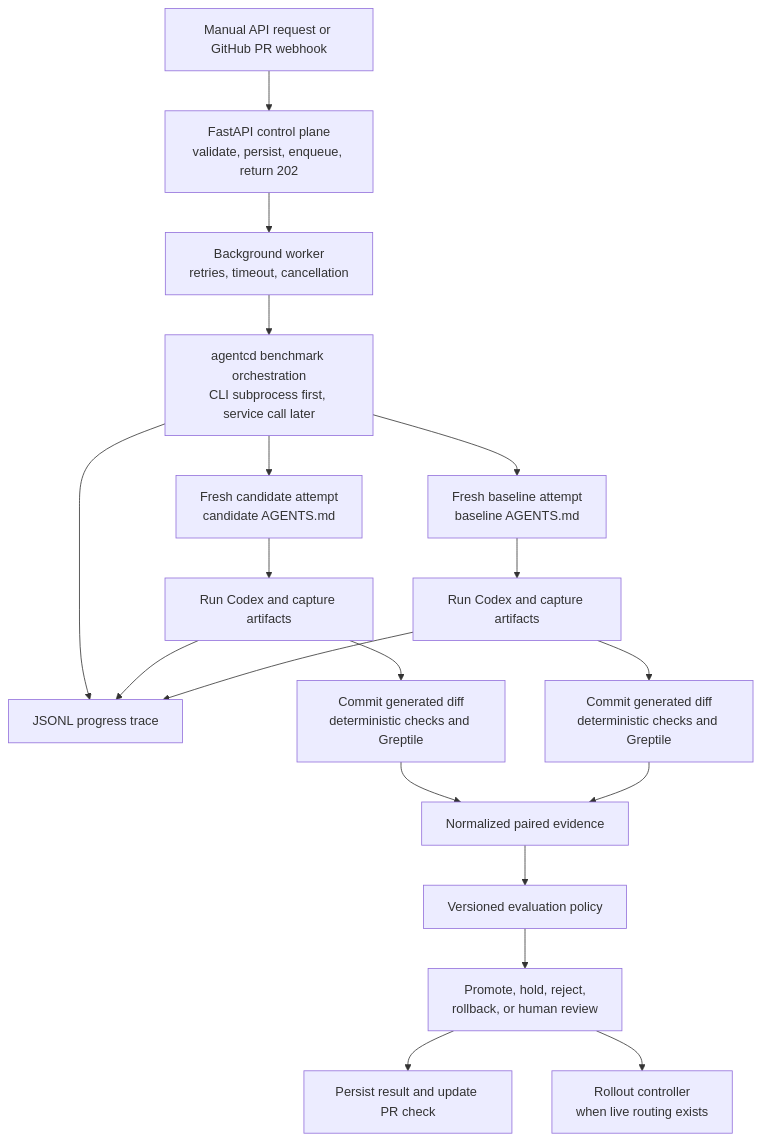
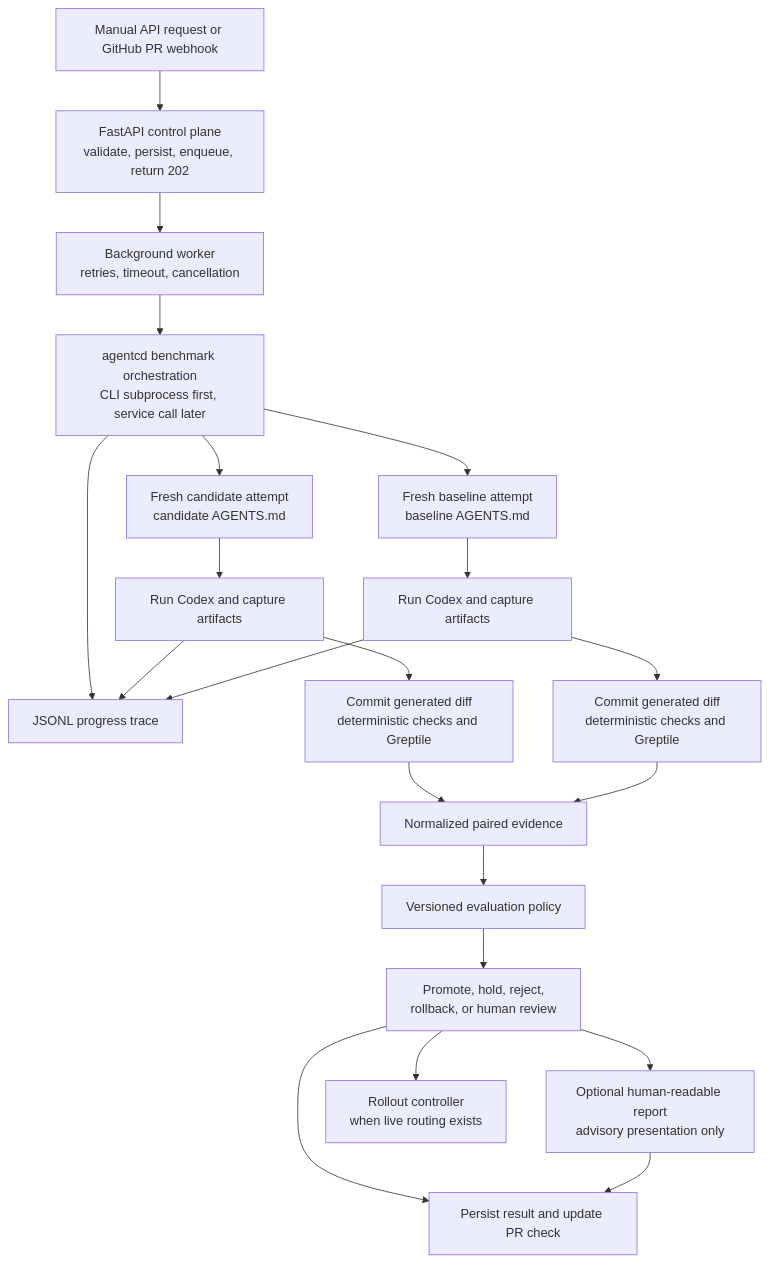
One commit to varshinivij/greptile_hack changed the diagram in agentcd/PLAN.md. Above: the diagram before and after it, drawn with Mermaid. The commit also changed other lines of this file, not shown here.

````diff
--- a/agentcd/PLAN.md
+++ b/agentcd/PLAN.md
@@ -71,31 +110,33 @@
 ```mermaid
 flowchart TD
     Trigger["Manual API request or GitHub PR webhook"]
     API["FastAPI control plane<br/>validate, persist, enqueue, return 202"]
     Worker["Background worker<br/>retries, timeout, cancellation"]
     Bench["agentcd benchmark orchestration<br/>CLI subprocess first, service call later"]
     Trace["JSONL progress trace"]
 
     Trigger --> API --> Worker --> Bench
     Bench --> Trace
 
     Bench --> Candidate["Fresh candidate attempt<br/>candidate AGENTS.md"]
     Bench --> Baseline["Fresh baseline attempt<br/>baseline AGENTS.md"]
 
     Candidate --> CandidateRun["Run Codex and capture artifacts"]
     Baseline --> BaselineRun["Run Codex and capture artifacts"]
     CandidateRun --> Trace
     BaselineRun --> Trace
 
     CandidateRun --> CandidateEval["Commit generated diff<br/>deterministic checks and Greptile"]
     BaselineRun --> BaselineEval["Commit generated diff<br/>deterministic checks and Greptile"]
 
     CandidateEval --> Evidence["Normalized paired evidence"]
     BaselineEval --> Evidence
 
     Evidence --> Policy["Versioned evaluation policy"]
     Policy --> Decision["Promote, hold, reject,<br/>rollback, or human review"]
 
     Decision --> Result["Persist result and update PR check"]
+    Decision --> Report["Optional human-readable report<br/>advisory presentation only"]
+    Report --> Result
     Decision --> Rollout["Rollout controller<br/>when live routing exists"]
 ```
````
